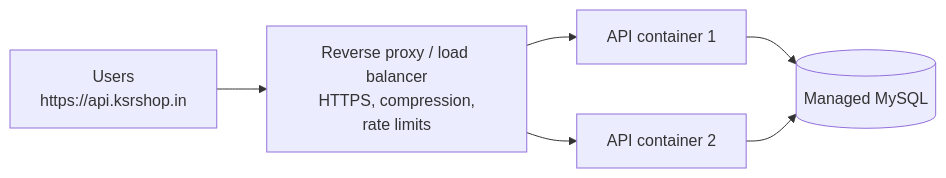
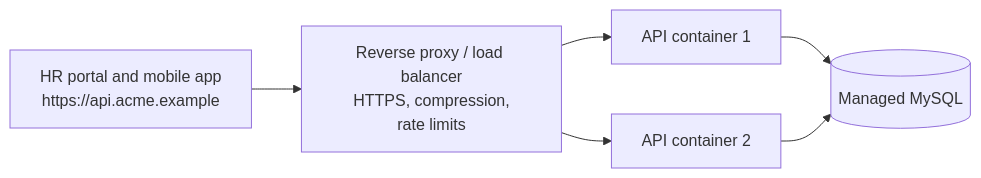
The diagram in docs/python/fastapi/13-deployment-and-capstone.md (kyedumati/KASI-FULLSTACK-MATERIAL), drawn with Mermaid before and after one commit. The commit also changed other lines of this file and 17 other files, not shown here.

First line of the commit message:
Rebuild the FastAPI module on the AcmeHR project

````diff
--- a/docs/python/fastapi/13-deployment-and-capstone.md
+++ b/docs/python/fastapi/13-deployment-and-capstone.md
@@ -255,8 +271,8 @@
 ```mermaid
 flowchart LR
-  U["Users<br/>https://api.ksrshop.in"] --> P["Reverse proxy / load balancer<br/>HTTPS, compression,<br/>rate limits"]
+  U["HR portal and mobile app<br/>https://api.acme.example"] --> P["Reverse proxy / load balancer<br/>HTTPS, compression,<br/>rate limits"]
   P --> W1["API container 1"]
   P --> W2["API container 2"]
   W1 --> D[("Managed MySQL")]
   W2 --> D
 ```
````
